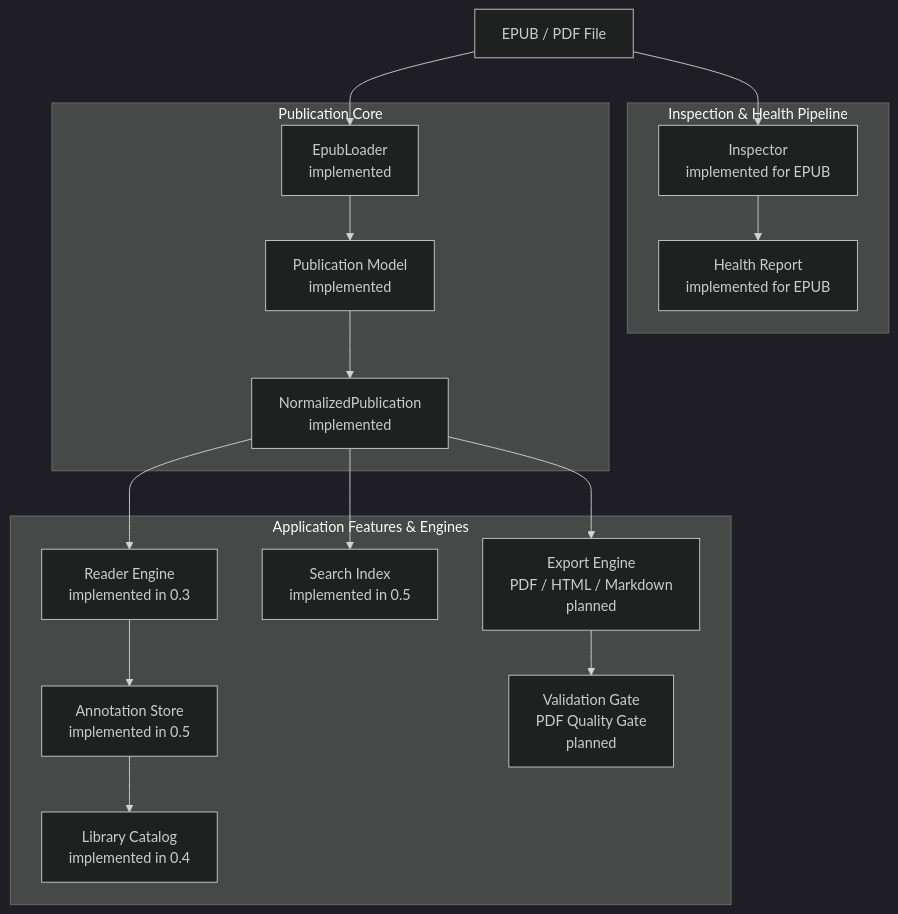
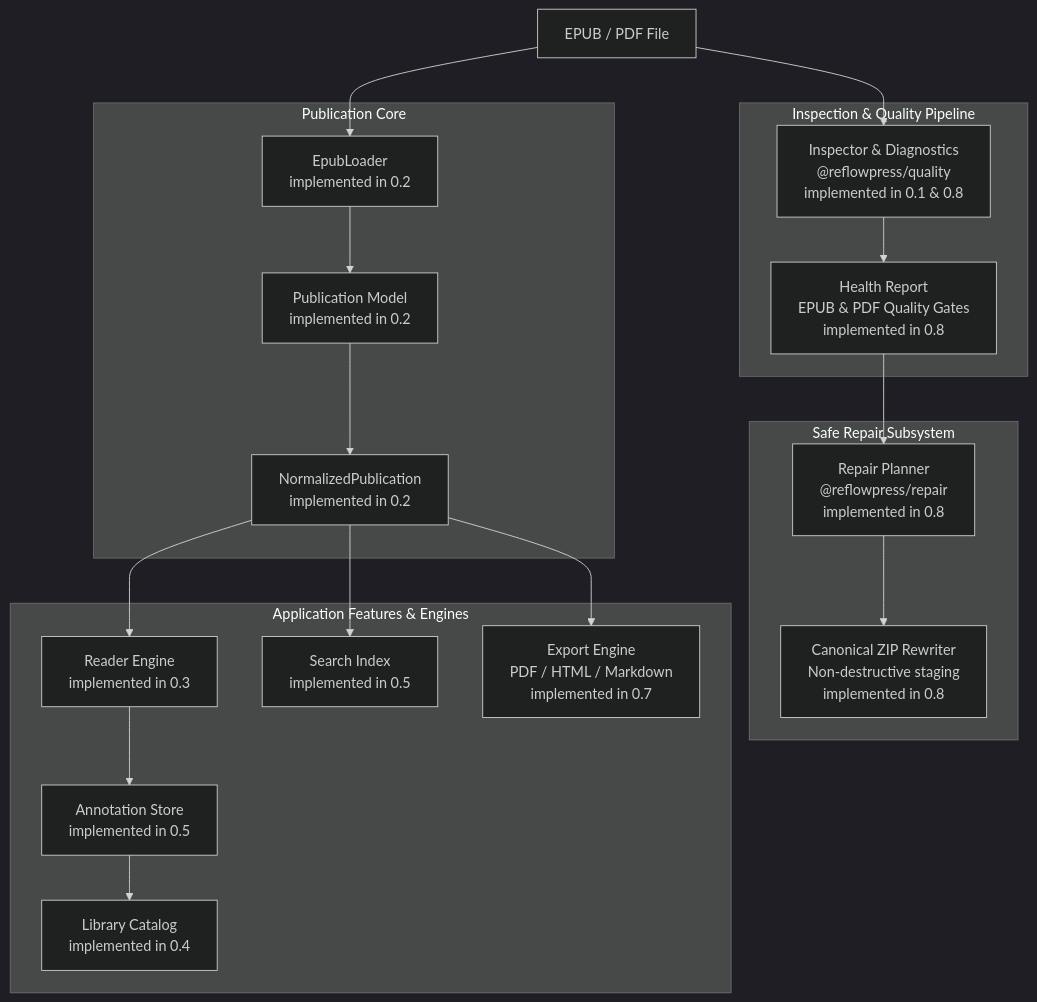
The first of 9 diagrams in docs/architecture.md (bosatsu25/ReflowPress), drawn with Mermaid (dark theme) before and after one commit. The commit also changed other lines of this file and 48 other files, not shown here.

Commit message:
feat: implement Quality & Safe Repair Workbench (Milestone 0.8)

````diff
--- a/docs/architecture.md
+++ b/docs/architecture.md
@@ -11,34 +11,38 @@
 ```mermaid
 flowchart TD
     SOURCE[EPUB / PDF File]
 
-    subgraph INSP_SUB[Inspection & Health Pipeline]
-        INSPECTOR[Inspector<br/>implemented for EPUB]
-        HEALTH[Health Report<br/>implemented for EPUB]
+    subgraph INSP_SUB[Inspection & Quality Pipeline]
+        INSPECTOR[Inspector & Diagnostics<br/>@reflowpress/quality<br/>implemented in 0.1 & 0.8]
+        HEALTH[Health Report<br/>EPUB & PDF Quality Gates<br/>implemented in 0.8]
+    end
+
+    subgraph REPAIR_SUB[Safe Repair Subsystem]
+        PLANNER[Repair Planner<br/>@reflowpress/repair<br/>implemented in 0.8]
+        REWRITER[Canonical ZIP Rewriter<br/>Non-destructive staging<br/>implemented in 0.8]
     end
 
     subgraph CORE_SUB[Publication Core]
-        LOADER[EpubLoader<br/>implemented]
-        PUB_MODEL[Publication Model<br/>implemented]
-        NORMALIZED[NormalizedPublication<br/>implemented]
+        LOADER[EpubLoader<br/>implemented in 0.2]
+        PUB_MODEL[Publication Model<br/>implemented in 0.2]
+        NORMALIZED[NormalizedPublication<br/>implemented in 0.2]
     end
 
     subgraph CONSUMER_SUB[Application Features & Engines]
         READER[Reader Engine<br/>implemented in 0.3]
         ANNOTATION[Annotation Store<br/>implemented in 0.5]
         LIBRARY[Library Catalog<br/>implemented in 0.4]
         SEARCH[Search Index<br/>implemented in 0.5]
-        EXPORT[Export Engine<br/>PDF / HTML / Markdown<br/>planned]
-        VALIDATION[Validation Gate<br/>PDF Quality Gate<br/>planned]
+        EXPORT[Export Engine<br/>PDF / HTML / Markdown<br/>implemented in 0.7]
     end
 
     SOURCE --> INSPECTOR --> HEALTH
+    HEALTH --> PLANNER --> REWRITER
     SOURCE --> LOADER --> PUB_MODEL --> NORMALIZED
 
     NORMALIZED --> READER
     READER --> ANNOTATION
     ANNOTATION --> LIBRARY
     NORMALIZED --> SEARCH
     NORMALIZED --> EXPORT
-    EXPORT --> VALIDATION
 ```
````
